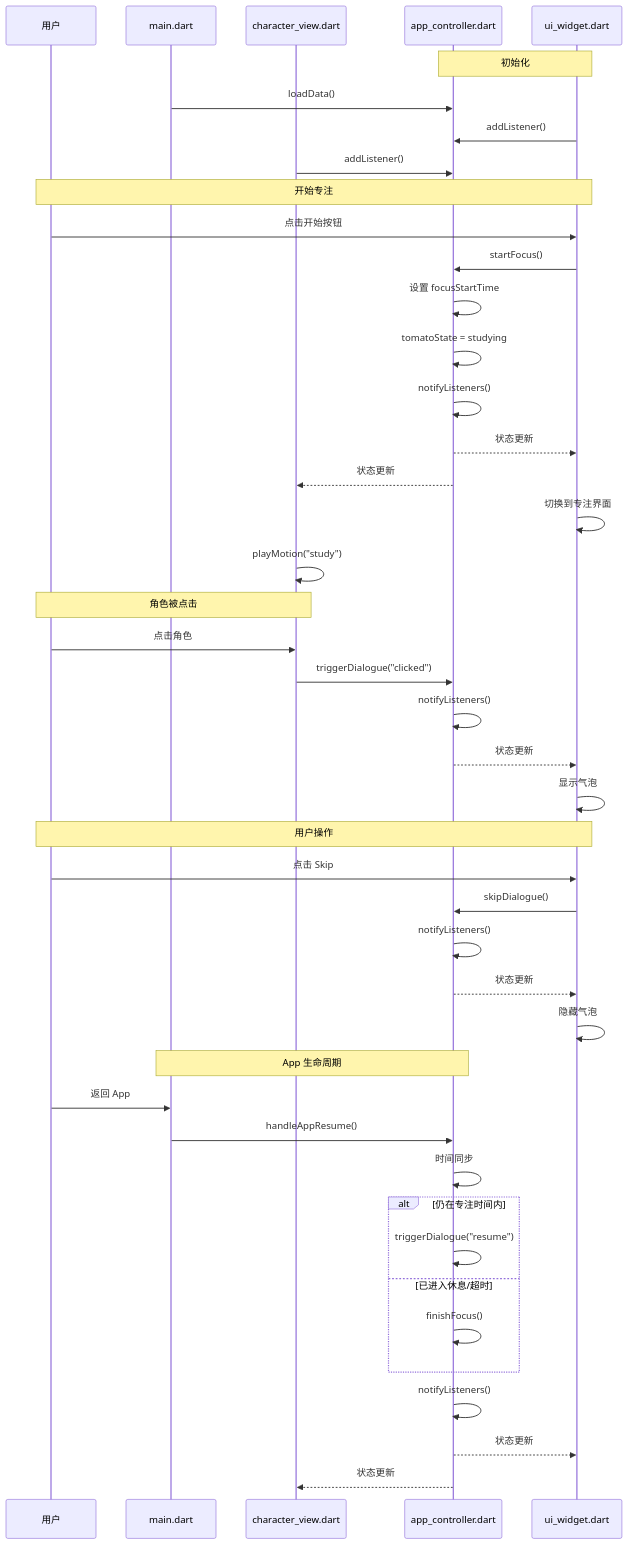
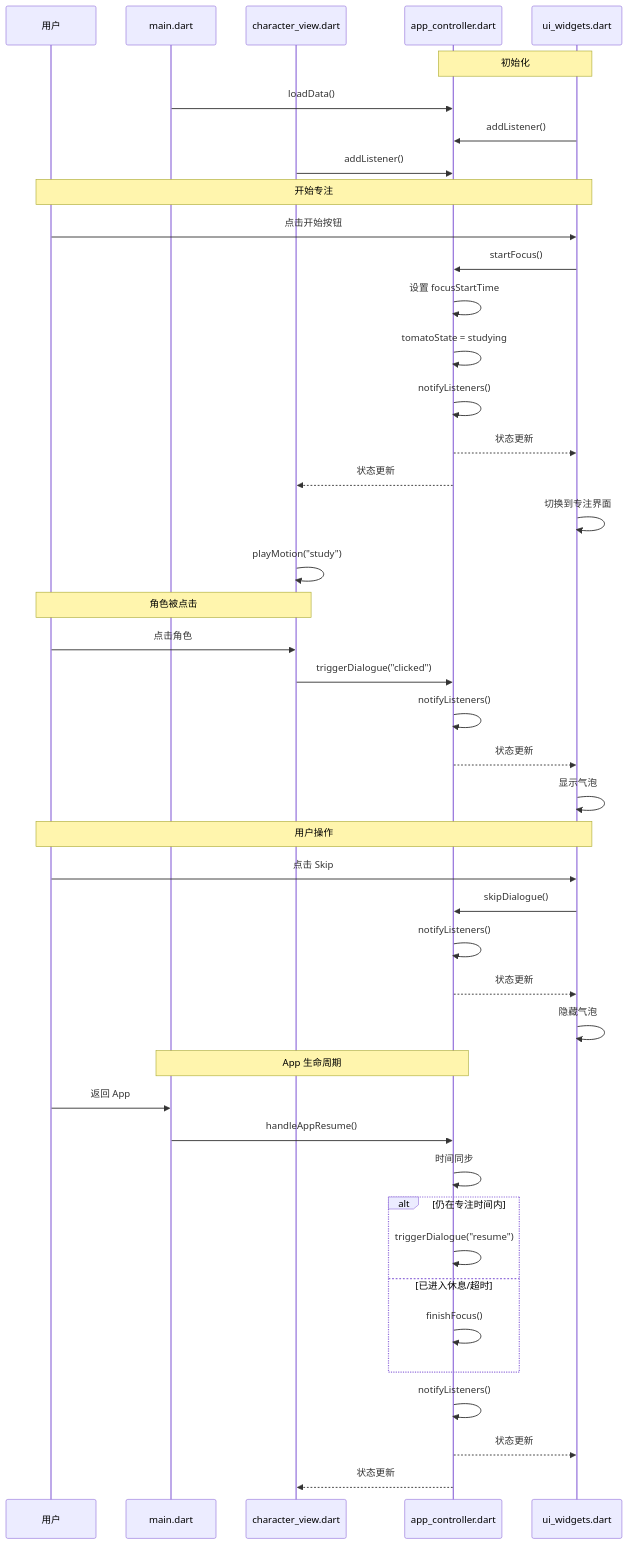
The diagram in docs/talking_interface.md (icode-chicken-hotpot-stew/MVP), drawn with Mermaid before and after one commit. The commit also changed other lines of this file and 2 other files, not shown here.

````diff
--- a/docs/talking_interface.md
+++ b/docs/talking_interface.md
@@ -352,51 +352,51 @@
 ```mermaid
 sequenceDiagram
     participant User as 用户
     participant Main as main.dart
     participant B as character_view.dart
     participant C as app_controller.dart
-    participant D as ui_widget.dart
+    participant D as ui_widgets.dart
 
     Note over C, D: 初始化
     Main->>C: loadData()
     D->>C: addListener()
     B->>C: addListener()
 
     Note over User, D: 开始专注
     User->>D: 点击开始按钮
     D->>C: startFocus()
     C->>C: 设置 focusStartTime
     C->>C: tomatoState = studying
     C->>C: notifyListeners()
     C-->>D: 状态更新
     C-->>B: 状态更新
     D->>D: 切换到专注界面
     B->>B: playMotion("study")
 
     Note over User, B: 角色被点击
     User->>B: 点击角色
     B->>C: triggerDialogue("clicked")
     C->>C: notifyListeners()
     C-->>D: 状态更新
     D->>D: 显示气泡
 
     Note over User, D: 用户操作
     User->>D: 点击 Skip
     D->>C: skipDialogue()
     C->>C: notifyListeners()
     C-->>D: 状态更新
     D->>D: 隐藏气泡
 
     Note over Main, C: App 生命周期
     User->>Main: 返回 App
     Main->>C: handleAppResume()
     C->>C: 时间同步
     alt 仍在专注时间内
         C->>C: triggerDialogue("resume")
     else 已进入休息/超时
         C->>C: finishFocus()
     end
     C->>C: notifyListeners()
     C-->>D: 状态更新
     C-->>B: 状态更新
 ```
````
